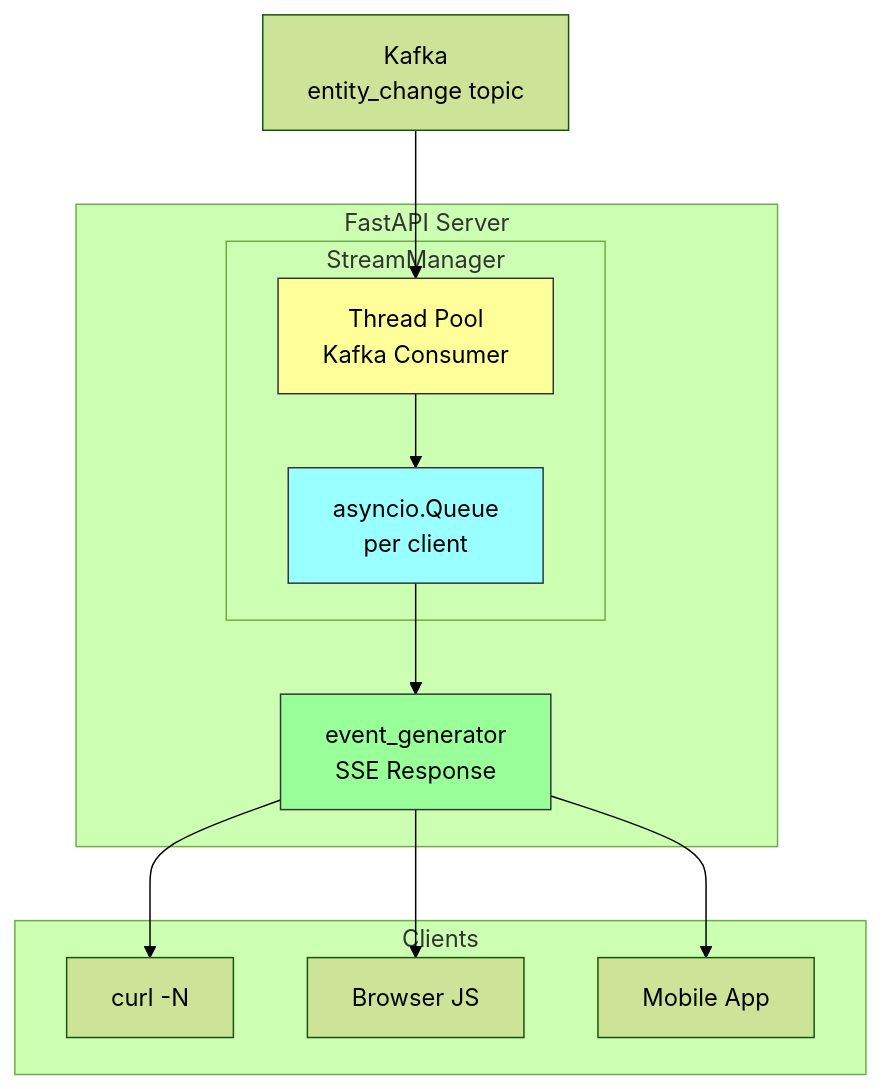
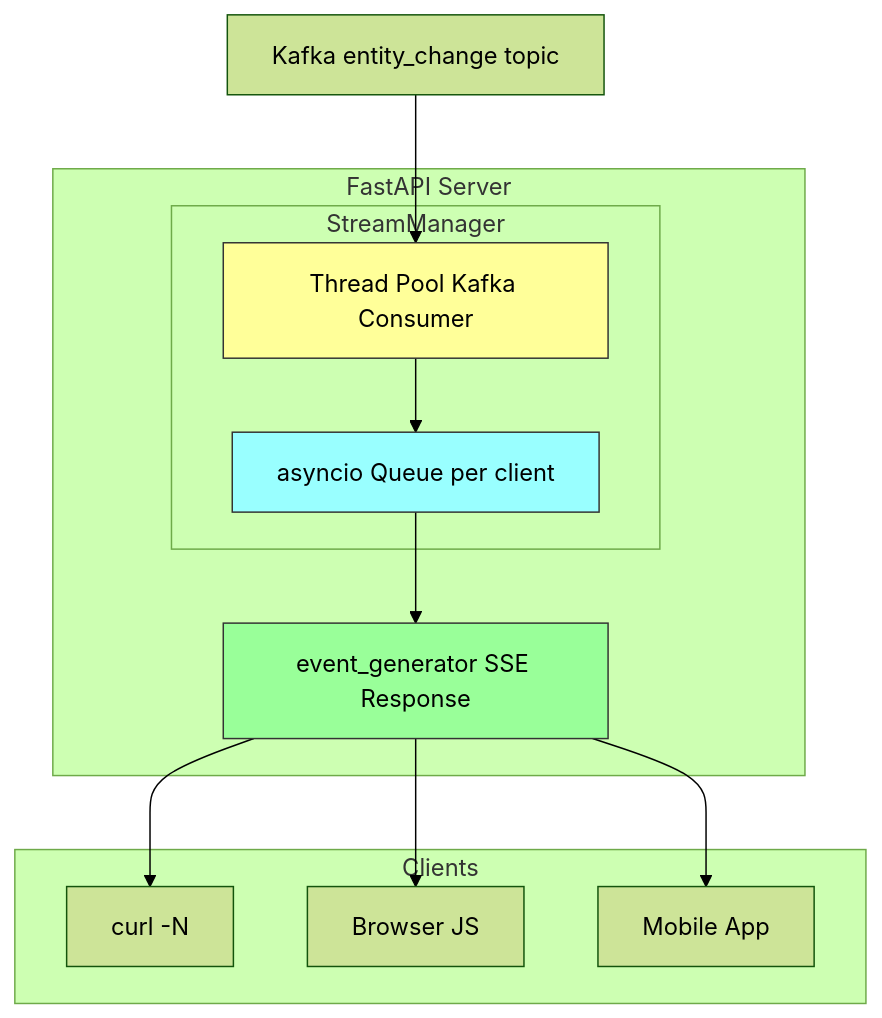
The second of 3 diagrams in README.md (Entitybasedev/kafka2sse-backend), drawn with Mermaid (forest theme) before and after one commit. The commit also changed other lines of this file, not shown here.

Commit message:
Fix mermaid diagrams - remove line breaks

````diff
--- a/README.md
+++ b/README.md
@@ -79,27 +79,27 @@
 ```mermaid
 flowchart TB
     subgraph Clients
         C1[curl -N]
         C2[Browser JS]
         C3[Mobile App]
     end
     
     subgraph "FastAPI Server"
         subgraph StreamManager
-            TP[Thread Pool\nKafka Consumer]
-            Q[asyncio.Queue\nper client]
+            TP[Thread Pool Kafka Consumer]
+            Q[asyncio Queue per client]
         end
-        SG[event_generator\nSSE Response]
+        SG[event_generator SSE Response]
     end
     
-    K[Kafka\nentity_change topic] --> TP
+    K[Kafka entity_change topic] --> TP
     TP --> Q
     Q --> SG
     SG --> C1
     SG --> C2
     SG --> C3
     
     style TP fill:#ff9,stroke:#333
     style Q fill:#9ff,stroke:#333
     style SG fill:#9f9,stroke:#333
 ```
````
